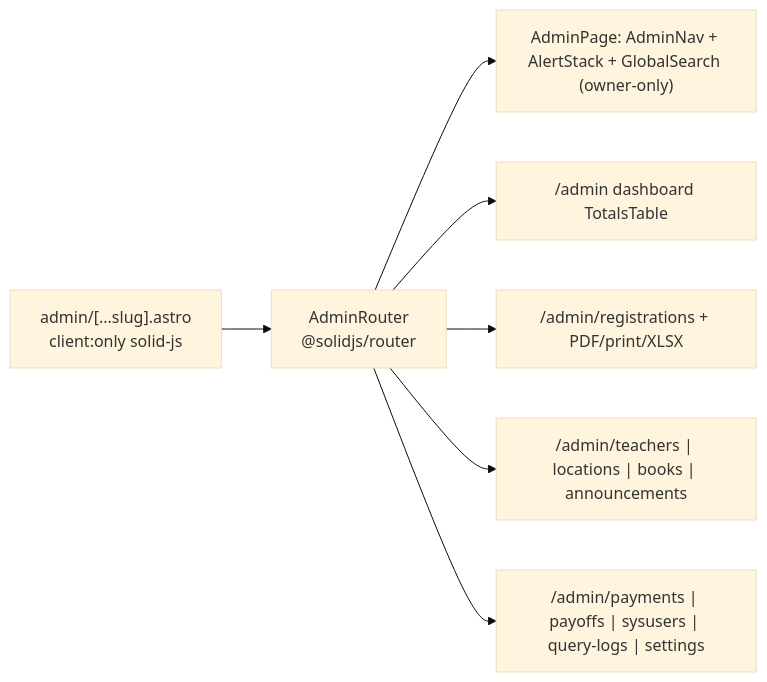
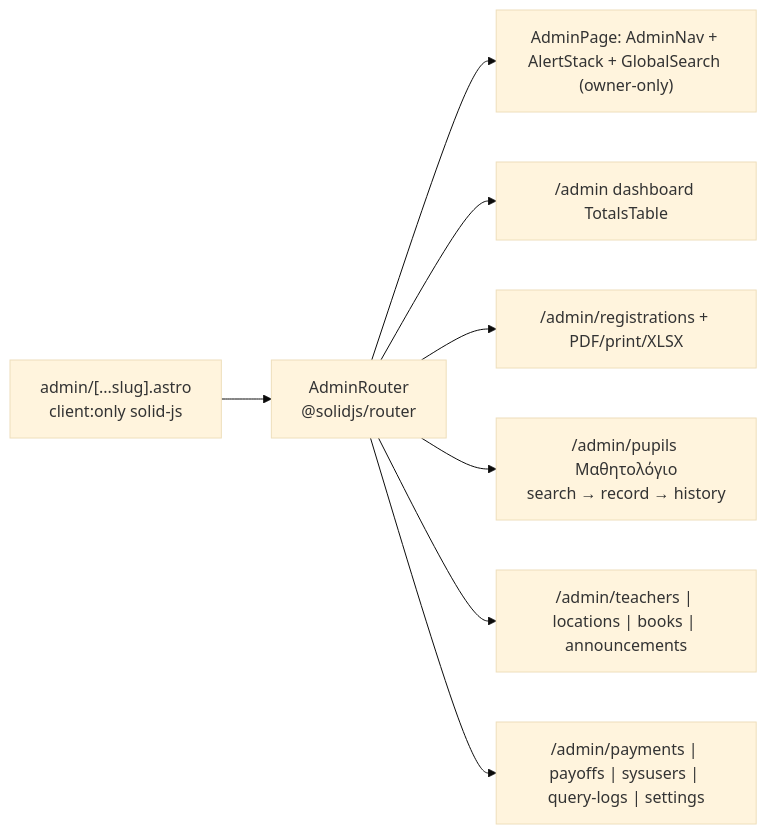
One commit to Kostas-Xafis/byzantini-website changed the second of 6 diagrams in docs/architecture/ARCHITECTURE.md. Above: the diagram before and after it, drawn with Mermaid (base theme). The commit also changed other lines of this file and 38 other files, not shown here.

````diff
--- a/docs/architecture/ARCHITECTURE.md
+++ b/docs/architecture/ARCHITECTURE.md
@@ -133,9 +136,10 @@
 ```mermaid
 flowchart LR
   SH["admin/[...slug].astro<br/>client:only solid-js"] --> R["AdminRouter<br/>@solidjs/router"]
   R --> CH["AdminPage: AdminNav + AlertStack + GlobalSearch (owner-only)"]
   R --> D1["/admin dashboard TotalsTable"]
   R --> D2["/admin/registrations + PDF/print/XLSX"]
+  R --> D5["/admin/pupils Μαθητολόγιο<br/>search → record → history"]
   R --> D3["/admin/teachers | locations | books | announcements"]
   R --> D4["/admin/payments | payoffs | sysusers | query-logs | settings"]
 ```
````
